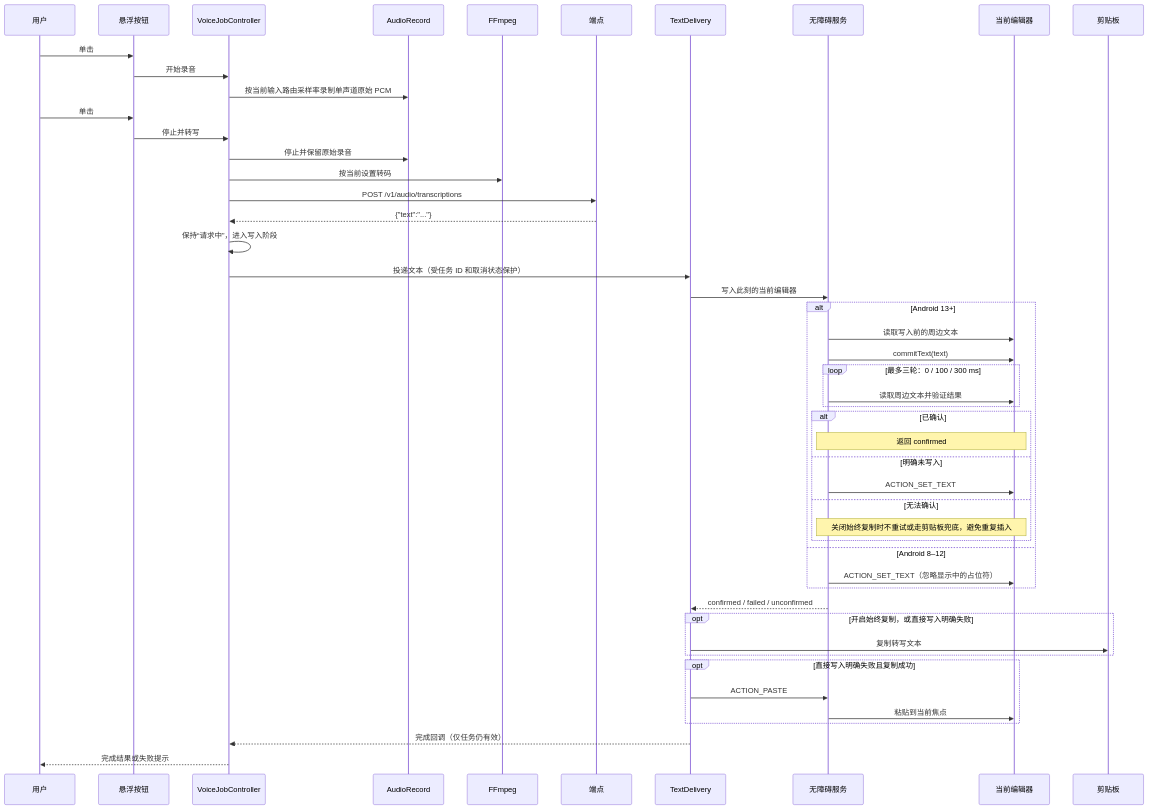
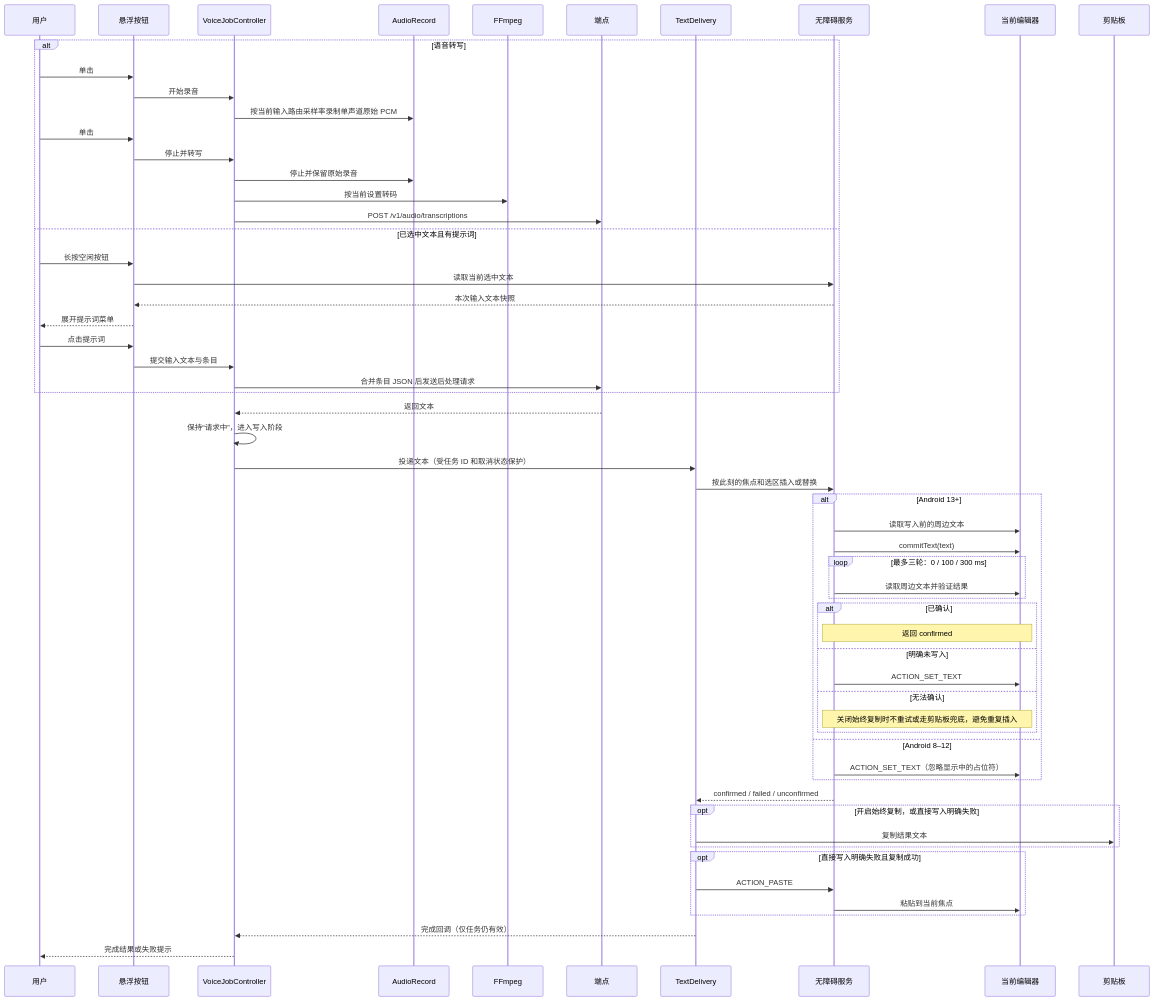
One commit to Joey-Kot/Dictate changed the second of 3 diagrams in README_ZH.md. Above: the diagram before and after it, drawn with Mermaid. The commit also changed other lines of this file and 93 other files, not shown here.

````diff
--- a/README_ZH.md
+++ b/README_ZH.md
@@ -61,51 +76,61 @@
 ```mermaid
 sequenceDiagram
   participant U as 用户
   participant O as 悬浮按钮
   participant J as VoiceJobController
   participant R as AudioRecord
   participant F as FFmpeg
   participant P as 端点
   participant D as TextDelivery
   participant A as 无障碍服务
   participant E as 当前编辑器
   participant C as 剪贴板
-  U->>O: 单击
-  O->>J: 开始录音
-  J->>R: 按当前输入路由采样率录制单声道原始 PCM
-  U->>O: 单击
-  O->>J: 停止并转写
-  J->>R: 停止并保留原始录音
-  J->>F: 按当前设置转码
-  J->>P: POST /v1/audio/transcriptions
-  P-->>J: {"text":"..."}
+  alt 语音转写
+    U->>O: 单击
+    O->>J: 开始录音
+    J->>R: 按当前输入路由采样率录制单声道原始 PCM
+    U->>O: 单击
+    O->>J: 停止并转写
+    J->>R: 停止并保留原始录音
+    J->>F: 按当前设置转码
+    J->>P: POST /v1/audio/transcriptions
+  else 已选中文本且有提示词
+    U->>O: 长按空闲按钮
+    O->>A: 读取当前选中文本
+    A-->>O: 本次输入文本快照
+    O-->>U: 展开提示词菜单
+    U->>O: 点击提示词
+    O->>J: 提交输入文本与条目
+    J->>P: 合并条目 JSON 后发送后处理请求
+  end
+  P-->>J: 返回文本
   J->>J: 保持“请求中”，进入写入阶段
   J->>D: 投递文本（受任务 ID 和取消状态保护）
-  D->>A: 写入此刻的当前编辑器
+  D->>A: 按此刻的焦点和选区插入或替换
   alt Android 13+
     A->>E: 读取写入前的周边文本
     A->>E: commitText(text)
     loop 最多三轮：0 / 100 / 300 ms
       A->>E: 读取周边文本并验证结果
     end
     alt 已确认
       Note over A,E: 返回 confirmed
     else 明确未写入
       A->>E: ACTION_SET_TEXT
     else 无法确认
       Note over A,E: 关闭始终复制时不重试或走剪贴板兜底，避免重复插入
     end
   else Android 8–12
     A->>E: ACTION_SET_TEXT（忽略显示中的占位符）
   end
   A-->>D: confirmed / failed / unconfirmed
   opt 开启始终复制，或直接写入明确失败
-    D->>C: 复制转写文本
+    D->>C: 复制结果文本
   end
   opt 直接写入明确失败且复制成功
     D->>A: ACTION_PASTE
     A->>E: 粘贴到当前焦点
   end
   D-->>J: 完成回调（仅任务仍有效）
   J-->>U: 完成结果或失败提示
 ```
````
